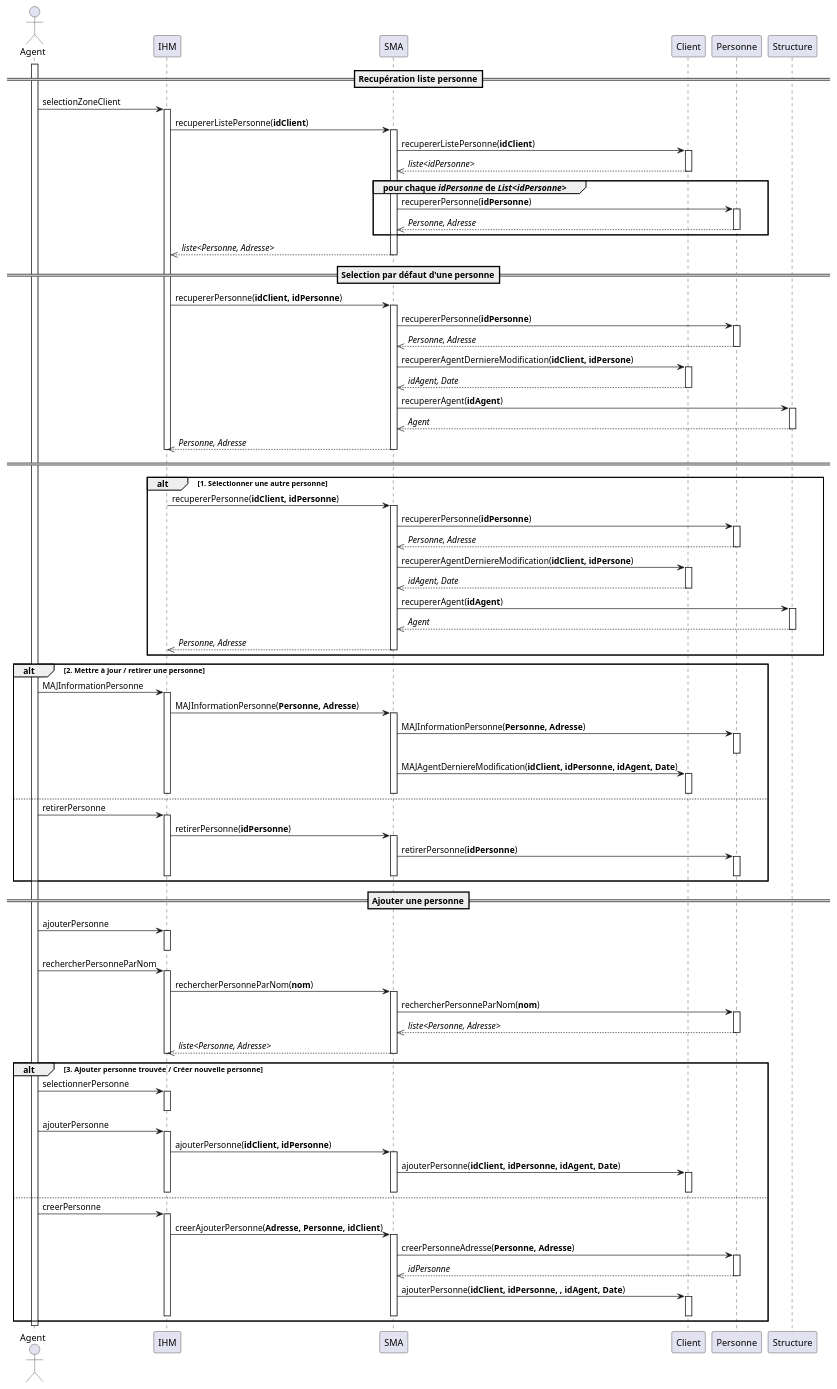
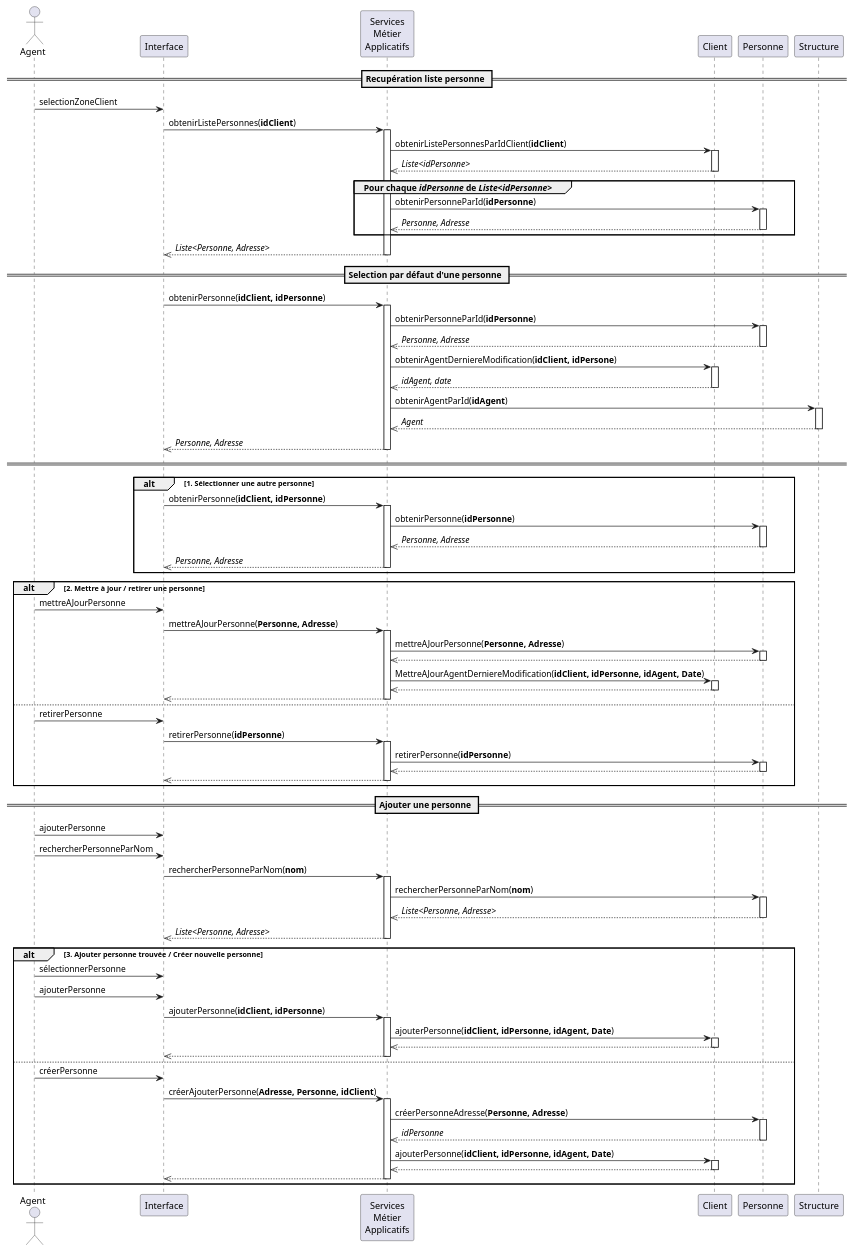
Before and after one commit to if-h4102/pld-mars: the diagram in CU002 - Gestion du client (Zone Client)/DSD002.puml, drawn with PlantUML.

Commit message:
Normalize names and style in DSD002

```diff
--- a/CU002 - Gestion du client (Zone Client)/DSD002.puml
+++ b/CU002 - Gestion du client (Zone Client)/DSD002.puml
@@ -1,140 +1,142 @@
 @startuml
 actor Agent
-participant IHM as ihm
-participant SMA as sma
+participant Interface as ihm
+participant "Services\nMétier\nApplicatifs" as sma
 participant Client
 participant Personne
 participant Structure
 
-==Recupération liste personne==
-activate Agent
-Agent -> ihm : selectionZoneClient
-activate ihm
-ihm -> sma : recupererListePersonne(**idClient**)
+== Recupération liste personne ==
+
+Agent -> ihm: selectionZoneClient
+    ihm -> sma: obtenirListePersonnes(**idClient**)
+    activate sma
+        sma -> Client: obtenirListePersonnesParIdClient(**idClient**)
+        activate Client
+        Client -->> sma: //Liste<idPersonne>//
+        deactivate Client
+
+        group Pour chaque //idPersonne// de //Liste<idPersonne>//
+            sma -> Personne: obtenirPersonneParId(**idPersonne**)
+            activate Personne
+            Personne -->> sma: //Personne, Adresse//
+            deactivate Personne
+        end
+    ihm <<-- sma: //Liste<Personne, Adresse>//
+    deactivate sma
+
+== Selection par défaut d'une personne ==
+
+ihm -> sma : obtenirPersonne(**idClient, idPersonne**)
 activate sma
-sma -> Client : recupererListePersonne(**idClient**)
-activate Client
-Client -->> sma : //liste<idPersonne>//
-deactivate Client
-group pour chaque //idPersonne// de //List<idPersonne>//
-    sma -> Personne : recupererPersonne(**idPersonne**)
+    sma -> Personne: obtenirPersonneParId(**idPersonne**)
     activate Personne
-    Personne -->> sma : //Personne, Adresse//
+    sma <<-- Personne: //Personne, Adresse//
     deactivate Personne
-end
-sma -->> ihm : //liste<Personne, Adresse>//
+
+    sma -> Client: obtenirAgentDerniereModification(**idClient, idPersone**)
+    activate Client
+    sma <<-- Client: //idAgent, date//
+    deactivate Client
+
+    sma -> Structure: obtenirAgentParId(**idAgent**)
+    activate Structure
+    sma <<-- Structure: //Agent//
+    deactivate Structure
+ihm <<-- sma: //Personne, Adresse//
 deactivate sma
 
-==Selection par défaut d'une personne==
-ihm -> sma : recupererPersonne(**idClient, idPersonne**)
-activate sma
-sma -> Personne : recupererPersonne(**idPersonne**)
-activate Personne
-Personne -->> sma : //Personne, Adresse//
-deactivate Personne
-sma -> Client : recupererAgentDerniereModification(**idClient, idPersone**)
-activate Client
-Client -->> sma : //idAgent, Date//
-deactivate Client
-sma -> Structure : recupererAgent(**idAgent**)
-activate Structure
-Structure -->> sma : //Agent//
-deactivate Structure
-sma -->> ihm : //Personne, Adresse//
-deactivate sma
-deactivate ihm
 ====
 
 alt 1. Sélectionner une autre personne
-    ihm -> sma : recupererPersonne(**idClient, idPersonne**)
+    ihm -> sma: obtenirPersonne(**idClient, idPersonne**)
     activate sma
-    sma -> Personne : recupererPersonne(**idPersonne**)
-    activate Personne
-    Personne -->> sma : //Personne, Adresse//
-    deactivate Personne
-    sma -> Client : recupererAgentDerniereModification(**idClient, idPersone**)
-    activate Client
-    Client -->> sma : //idAgent, Date//
-    deactivate Client
-    sma -> Structure : recupererAgent(**idAgent**)
-    activate Structure
-    Structure -->> sma : //Agent//
-    deactivate Structure
-    sma -->> ihm : //Personne, Adresse//
+        sma -> Personne: obtenirPersonne(**idPersonne**)
+        activate Personne
+        sma <<-- Personne: //Personne, Adresse//
+        deactivate Personne
+
+        'sma -> Client: obtenirAgentDerniereModification(**idClient, idPersone**)
+        'activate Client
+        'sma <<-- Client: //idAgent, date//
+        'deactivate Client
+        '
+        'sma -> Structure: obtenirAgentParId(**idAgent**)
+        'activate Structure
+        'sma <<-- Structure: //Agent//
+        'deactivate Structure
+
+    ihm <<-- sma: //Personne, Adresse//
     deactivate sma
-    deactivate ihm
 end
 
-alt 2. Mettre à jour / retirer une personne 
-    Agent -> ihm : MAJInformationPersonne
-    activate ihm
-    ihm -> sma : MAJInformationPersonne(**Personne, Adresse**)
-    activate sma
-    sma -> Personne : MAJInformationPersonne(**Personne, Adresse**)
-    activate Personne
-    deactivate Personne
-    sma -> Client : MAJAgentDerniereModification(**idClient, idPersonne, idAgent, Date**)
-    activate Client
-    deactivate Client
-    deactivate sma
-    deactivate ihm
+alt 2. Mettre à jour / retirer une personne
+    Agent -> ihm : mettreAJourPersonne
+        ihm -> sma : mettreAJourPersonne(**Personne, Adresse**)
+        activate sma
+            sma -> Personne : mettreAJourPersonne(**Personne, Adresse**)
+            activate Personne
+            sma <<-- Personne
+            deactivate Personne
+
+            sma -> Client : MettreAJourAgentDerniereModification(**idClient, idPersonne, idAgent, Date**)
+            activate Client
+            sma <<-- Client
+            deactivate Client
+        ihm <<-- sma
+        deactivate sma
 else
     Agent -> ihm : retirerPersonne
-    activate ihm
-    ihm -> sma : retirerPersonne(**idPersonne**)
-    activate sma
-    sma -> Personne : retirerPersonne(**idPersonne**)
-    activate Personne
-    deactivate Personne
-    deactivate sma
-    deactivate ihm
+        ihm -> sma : retirerPersonne(**idPersonne**)
+        activate sma
+            sma -> Personne : retirerPersonne(**idPersonne**)
+            activate Personne
+            sma <<-- Personne
+            deactivate Personne
+        ihm <<-- sma
+        deactivate sma
 end
 
-==Ajouter une personne==
-Agent -> ihm : ajouterPersonne
-activate ihm
-deactivate ihm
+== Ajouter une personne ==
 
-Agent -> ihm : rechercherPersonneParNom
-activate ihm
-ihm -> sma : rechercherPersonneParNom(**nom**)
-activate sma
-sma -> Personne : rechercherPersonneParNom(**nom**)
-activate Personne
-Personne -->> sma : //liste<Personne, Adresse>//
-deactivate Personne
-sma -->> ihm : //liste<Personne, Adresse>//
-deactivate sma
-deactivate ihm
+Agent -> ihm: ajouterPersonne
+
+Agent -> ihm: rechercherPersonneParNom
+    ihm -> sma: rechercherPersonneParNom(**nom**)
+    activate sma
+        sma -> Personne: rechercherPersonneParNom(**nom**)
+        activate Personne
+        sma <<-- Personne: //Liste<Personne, Adresse>//
+        deactivate Personne
+    ihm <<-- sma: //Liste<Personne, Adresse>//
+    deactivate sma
 
 alt 3. Ajouter personne trouvée / Créer nouvelle personne
-    Agent -> ihm : selectionnerPersonne
-    activate ihm
-    deactivate ihm
+    Agent -> ihm : sélectionnerPersonne
     Agent -> ihm : ajouterPersonne
-    activate ihm
-    ihm -> sma : ajouterPersonne(**idClient, idPersonne**)
-    activate sma
-    sma -> Client : ajouterPersonne(**idClient, idPersonne, idAgent, Date**)
-    activate Client
-    deactivate Client
-    deactivate sma
-    deactivate ihm
+        ihm -> sma : ajouterPersonne(**idClient, idPersonne**)
+        activate sma
+            sma -> Client : ajouterPersonne(**idClient, idPersonne, idAgent, Date**)
+            activate Client
+            sma <<-- Client
+            deactivate Client
+        ihm <<-- sma
+        deactivate sma
 else
-    Agent -> ihm : creerPersonne
-    activate ihm
-    ihm -> sma : creerAjouterPersonne(**Adresse, Personne, idClient**)
-    activate sma
-    sma -> Personne : creerPersonneAdresse(**Personne, Adresse**)
-    activate Personne
-    Personne -->> sma : //idPersonne//
-    deactivate Personne
-    sma -> Client : ajouterPersonne(**idClient, idPersonne, , idAgent, Date**)
-    activate Client
-    deactivate Client
-    deactivate sma
-    deactivate ihm
+    Agent -> ihm : créerPersonne
+        ihm -> sma : créerAjouterPersonne(**Adresse, Personne, idClient**)
+        activate sma
+            sma -> Personne: créerPersonneAdresse(**Personne, Adresse**)
+            activate Personne
+            Personne -->> sma: //idPersonne//
+            deactivate Personne
+
+            sma -> Client: ajouterPersonne(**idClient, idPersonne, idAgent, Date**)
+            activate Client
+            sma <<-- Client
+            deactivate Client
+        ihm <<-- sma
+        deactivate sma
 end
 
-deactivate Agent
 @enduml
```
